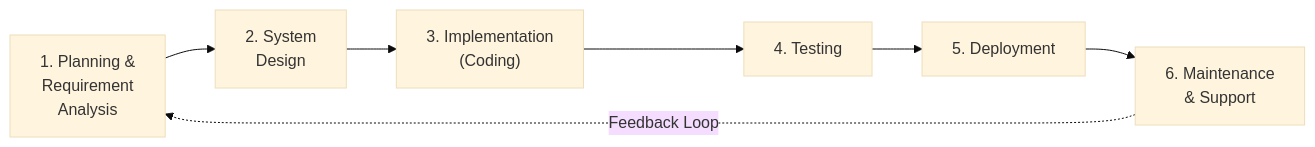
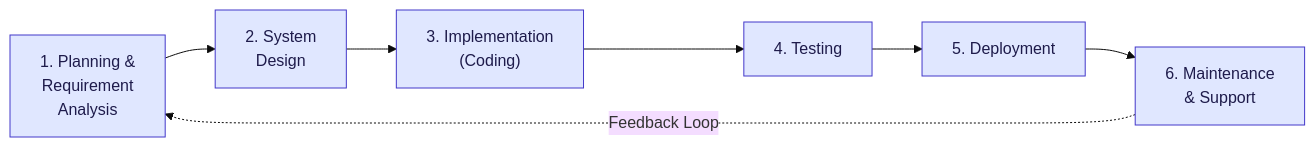
One commit to ghanendra-sdet/manual-testing-playbook changed the first of 11 diagrams in Part_04_SDLC_Models.md. Above: the diagram before and after it, drawn with Mermaid (base theme). The commit also changed other lines of this file and 15 other files, not shown here.

Commit message:
Fix broken routes and anchors; update OWASP 2025, ISTQB v4.0, WCAG 2.2, Jira/Zephyr naming and pricing; style diagrams

````diff
--- a/Part_04_SDLC_Models.md
+++ b/Part_04_SDLC_Models.md
@@ -36,9 +36,16 @@
 ```mermaid
 flowchart LR
-    A["1. Planning &\nRequirement\nAnalysis"] --> B["2. System\nDesign"]
-    B --> C["3. Implementation\n(Coding)"]
+    A["1. Planning &<br/>Requirement<br/>Analysis"] --> B["2. System<br/>Design"]
+    B --> C["3. Implementation<br/>(Coding)"]
     C --> D["4. Testing"]
     D --> E["5. Deployment"]
-    E --> F["6. Maintenance\n& Support"]
+    E --> F["6. Maintenance<br/>& Support"]
     F -.->|"Feedback Loop"| A
+
+    classDef start fill:#dbeafe,stroke:#1d4ed8,color:#1e3a8a
+    classDef step fill:#e0e7ff,stroke:#4338ca,color:#1e1b4b
+    classDef decision fill:#fef3c7,stroke:#b45309,color:#78350f
+    classDef good fill:#dcfce7,stroke:#15803d,color:#14532d
+    classDef bad fill:#fee2e2,stroke:#b91c1c,color:#7f1d1d
+    class A,B,C,D,E,F step
 ```
````
